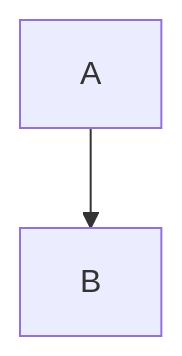
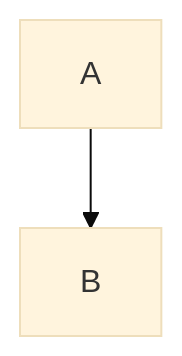
The diagram in skills/mermaid-diagrams/references/advanced-features.md (castocolina/agent-toolkit), drawn with Mermaid before and after one commit. The commit also changed other lines of this file and 1013 other files, not shown here.

````diff
--- a/skills/mermaid-diagrams/references/advanced-features.md
+++ b/skills/mermaid-diagrams/references/advanced-features.md
@@ -110,8 +9,10 @@
 ```mermaid
 ---
 config:
+  theme: base
+  look: classic
   layout: dagre
 ---
 flowchart TD
     A --> B
 ```
````
